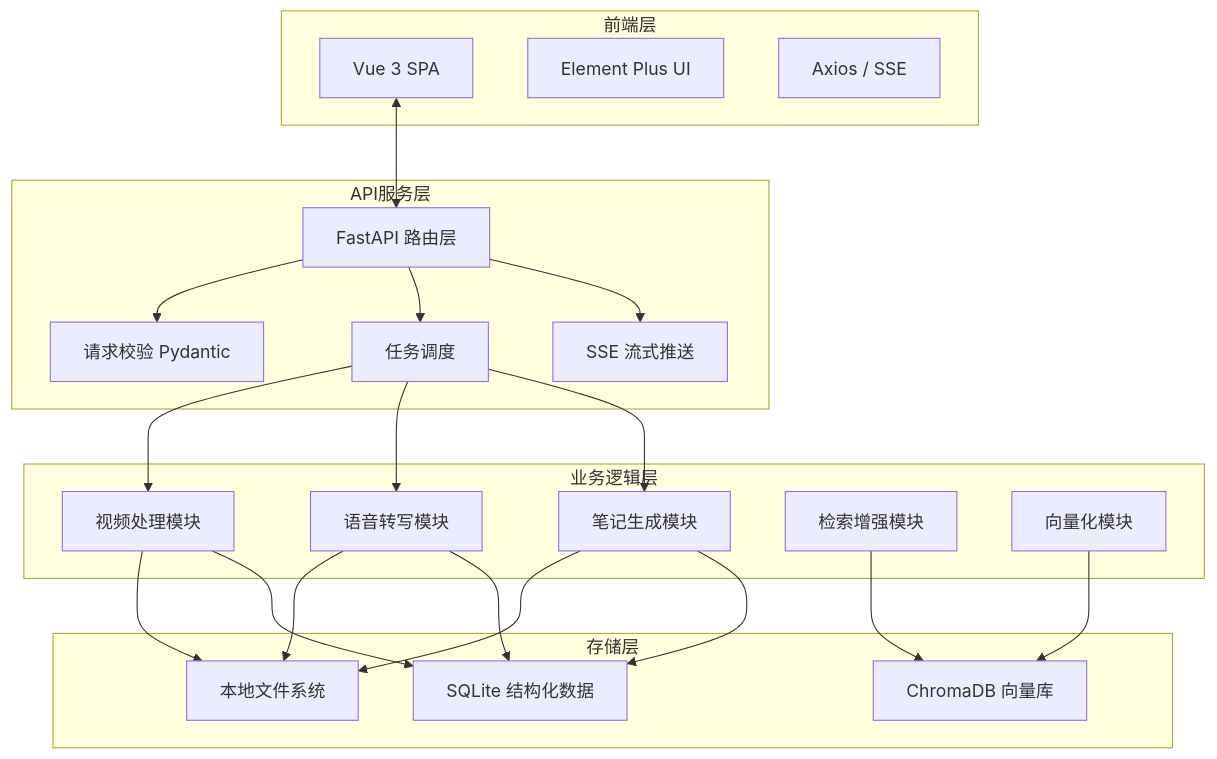
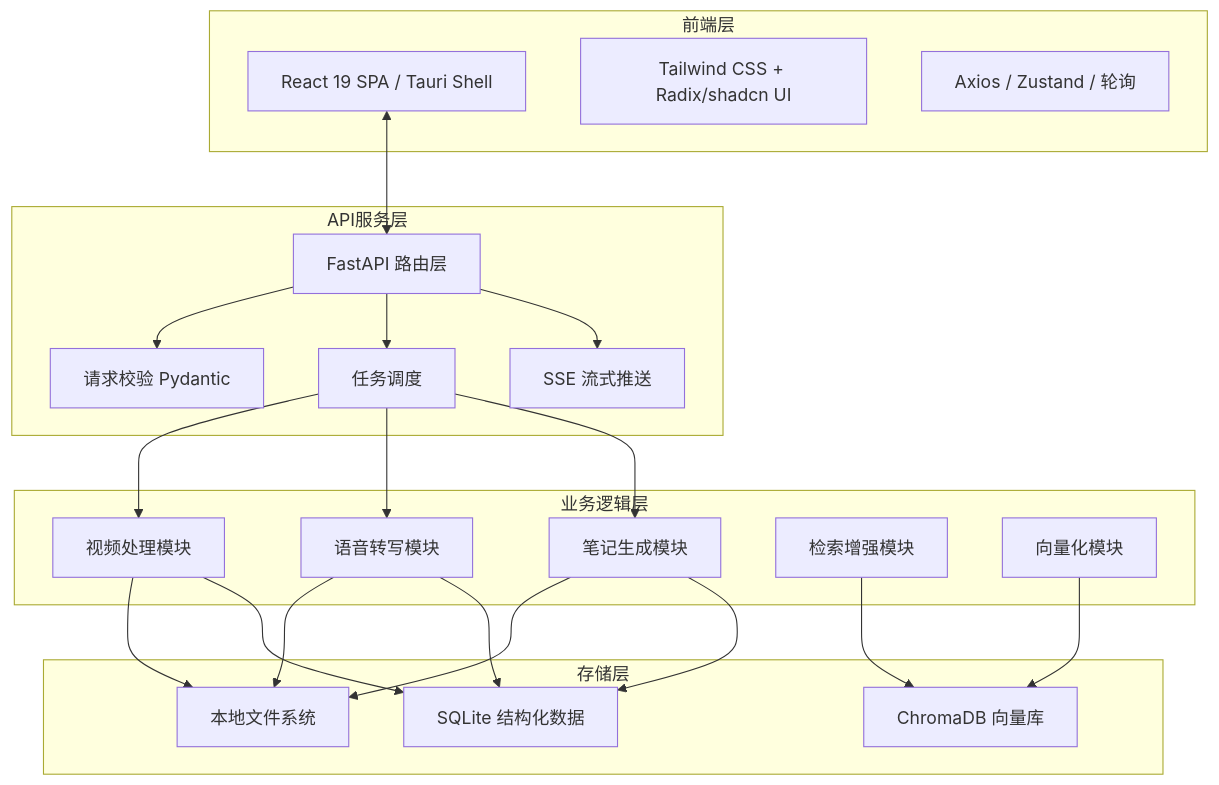
The first of 2 diagrams in 文档/技术方案.md (lian-yao/AI_NOTE), drawn with Mermaid before and after one commit. The commit also changed other lines of this file and 6 other files, not shown here.

````diff
--- a/文档/技术方案.md
+++ b/文档/技术方案.md
@@ -17,45 +17,45 @@
 ```mermaid
 flowchart TB
     subgraph 前端层
-        A1[Vue 3 SPA]
-        A2[Element Plus UI]
-        A3[Axios / SSE]
+        A1[React 19 SPA / Tauri Shell]
+        A2[Tailwind CSS + Radix/shadcn UI]
+        A3[Axios / Zustand / 轮询]
     end
 
     subgraph API服务层
         B1[FastAPI 路由层]
         B2[请求校验 Pydantic]
         B3[任务调度]
         B4[SSE 流式推送]
     end
 
     subgraph 业务逻辑层
         C1[视频处理模块]
         C2[语音转写模块]
         C3[笔记生成模块]
         C4[检索增强模块]
         C5[向量化模块]
     end
 
     subgraph 存储层
         D1[SQLite 结构化数据]
         D2[ChromaDB 向量库]
         D3[本地文件系统]
     end
 
     A1 <--> B1
     B1 --> B2
     B1 --> B3
     B1 --> B4
     B3 --> C1
     B3 --> C2
     B3 --> C3
     C4 --> D2
     C5 --> D2
     C1 --> D3
     C2 --> D3
     C3 --> D3
     C1 --> D1
     C2 --> D1
     C3 --> D1
 ```
````
